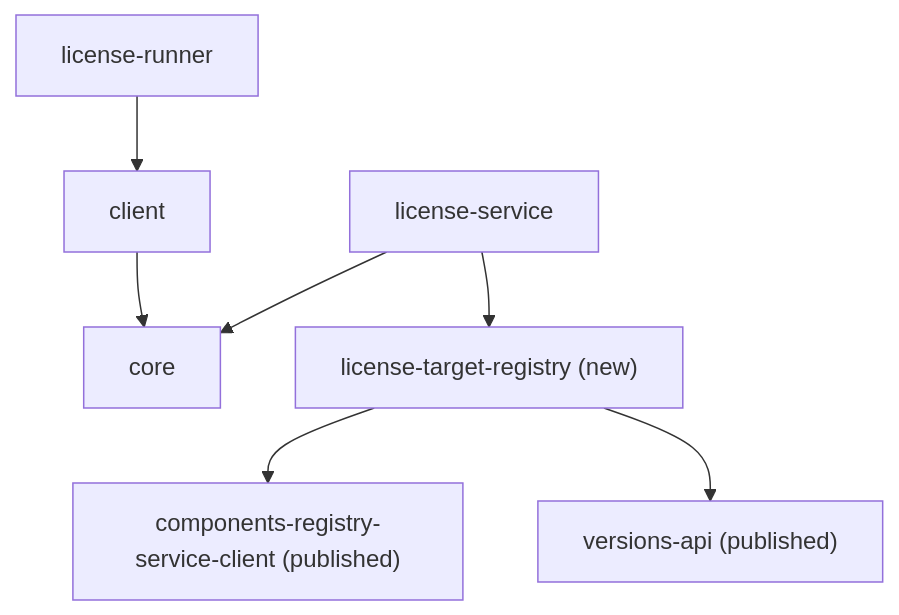
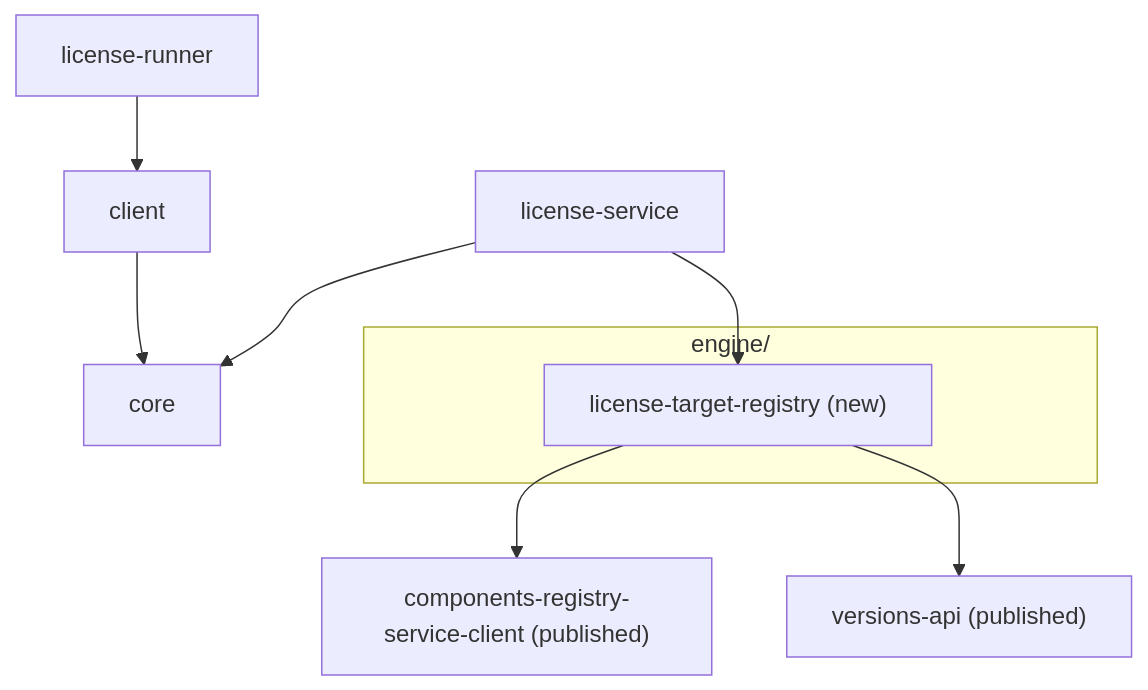
One commit to octopusden/octopus-license-service changed the diagram in openspec/changes/resolve-distribution-and-exclusions/design.md. Above: the diagram before and after it, drawn with Mermaid. The commit also changed other lines of this file and 31 other files, not shown here.

First line of the commit message:
Move the license target module under engine/

````diff
--- a/openspec/changes/resolve-distribution-and-exclusions/design.md
+++ b/openspec/changes/resolve-distribution-and-exclusions/design.md
@@ -47,9 +47,12 @@
 ```mermaid
 flowchart TD
     runner["license-runner"] --> client
     client --> core
     server["license-service"] --> core
-    server --> target["license-target-registry (new)"]
+    subgraph engine["engine/"]
+        target["license-target-registry (new)"]
+    end
+    server --> target
     target --> crs["components-registry-service-client (published)"]
     target --> versions["versions-api (published)"]
 ```
````
